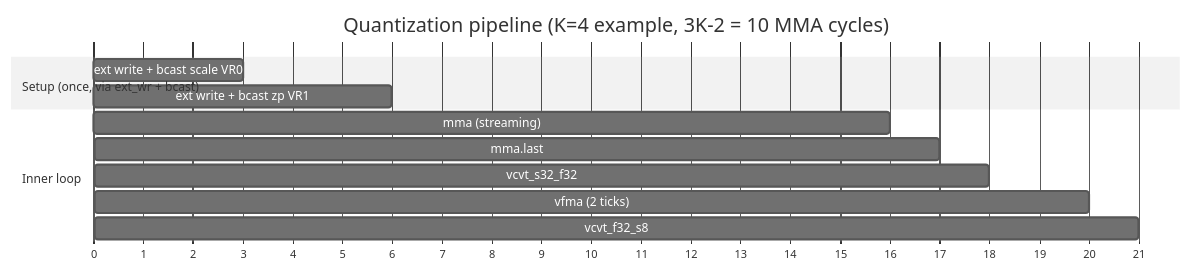
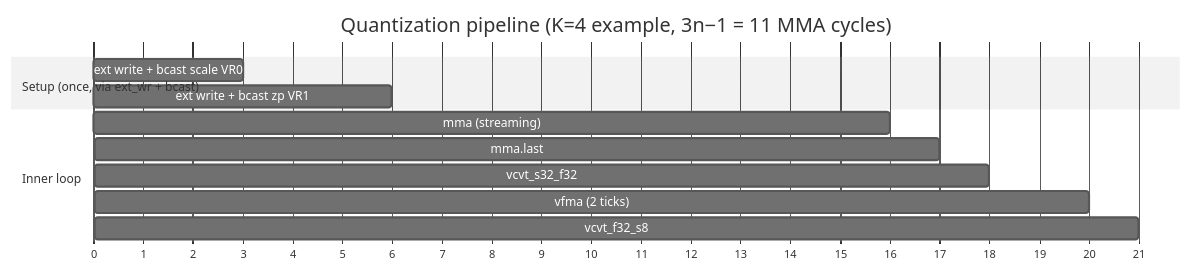
The first of 2 diagrams in docs/implementations/Quantization.md (mpskex/chisel-npu), drawn with Mermaid (neutral theme) before and after one commit. The commit also changed other lines of this file and 35 other files, not shown here.

````diff
--- a/docs/implementations/Quantization.md
+++ b/docs/implementations/Quantization.md
@@ -129,17 +129,17 @@
 ```mermaid
 gantt
-    title Quantization pipeline (K=4 example, 3K-2 = 10 MMA cycles)
+    title Quantization pipeline (K=4 example, 3n−1 = 11 MMA cycles)
     dateFormat  X
     axisFormat  %s
 
     section Setup (once, via ext_wr + bcast)
     ext write + bcast scale VR0 : 0, 3
     ext write + bcast zp VR1    : 3, 6
 
     section Inner loop
     mma (streaming)     : 6, 16
     mma.last            : 16, 17
     vcvt_s32_f32        : 17, 18
     vfma (2 ticks)      : 18, 20
     vcvt_f32_s8         : 20, 21
 ```
````
